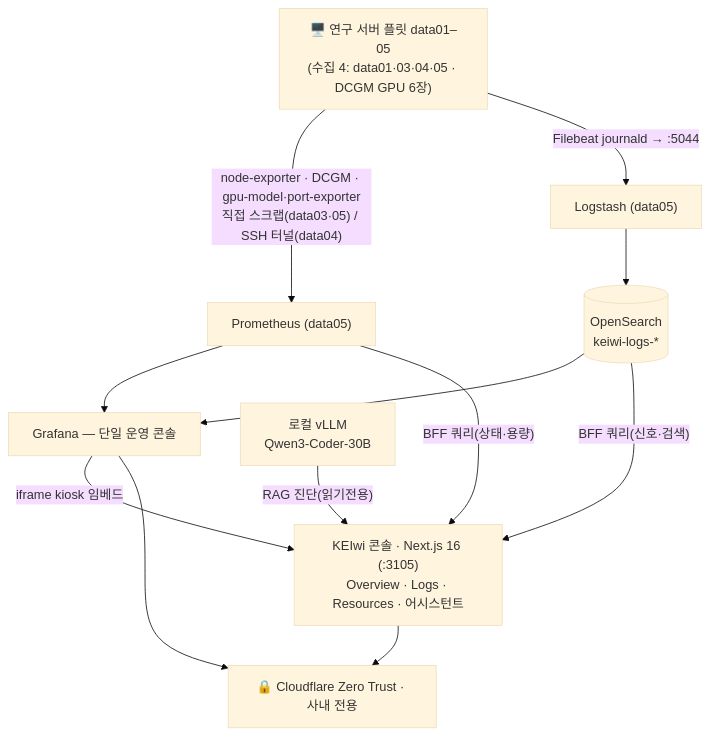
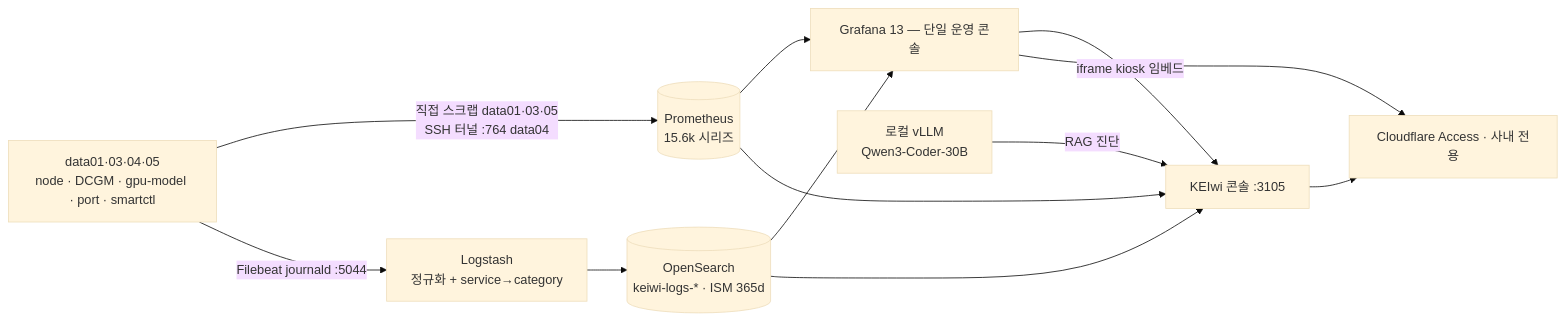
Before and after one commit to mooner92/KEIwi: the diagram in README.md, drawn with Mermaid (base theme). The commit also changed other lines of this file and 2 other files, not shown here.

````diff
--- a/README.md
+++ b/README.md
@@ -37,15 +67,15 @@
 ```mermaid
-flowchart TD
-    Fleet["🖥️ 연구 서버 플릿 data01–05<br/>(수집 4: data01·03·04·05 · DCGM GPU 6장)"]
-    Fleet -->|"node-exporter · DCGM · gpu-model·port-exporter<br/>직접 스크랩(data03·05) / SSH 터널(data04)"| Prom["Prometheus (data05)"]
-    Fleet -->|"Filebeat journald → :5044"| LS["Logstash (data05)"]
-    LS --> OS[("OpenSearch<br/>keiwi-logs-*")]
-    Prom --> Graf["Grafana — 단일 운영 콘솔"]
-    OS --> Graf
-    Graf -->|"iframe kiosk 임베드"| Console
-    Prom -->|"BFF 쿼리(상태·용량)"| Console["KEIwi 콘솔 · Next.js 16 (:3105)<br/>Overview · Logs · Resources · 어시스턴트"]
-    OS -->|"BFF 쿼리(신호·검색)"| Console
-    vLLM["로컬 vLLM<br/>Qwen3-Coder-30B"] -->|"RAG 진단(읽기전용)"| Console
-    Console --> ZT["🔒 Cloudflare Zero Trust · 사내 전용"]
-    Graf --> ZT
+flowchart LR
+  N["data01·03·04·05<br/>node · DCGM · gpu-model · port · smartctl"]
+  N -->|"직접 스크랩 data01·03·05<br/>SSH 터널 :764 data04"| P[("Prometheus<br/>15.6k 시리즈")]
+  N -->|"Filebeat journald :5044"| L["Logstash<br/>정규화 + service→category"]
+  L --> OS[("OpenSearch<br/>keiwi-logs-* · ISM 365d")]
+  P --> G["Grafana 13 — 단일 운영 콘솔"]
+  OS --> G
+  G -->|"iframe kiosk 임베드"| C["KEIwi 콘솔 :3105"]
+  P --> C
+  OS --> C
+  V["로컬 vLLM<br/>Qwen3-Coder-30B"] -->|"RAG 진단"| C
+  C --> Z["Cloudflare Access · 사내 전용"]
+  G --> Z
 ```
````
